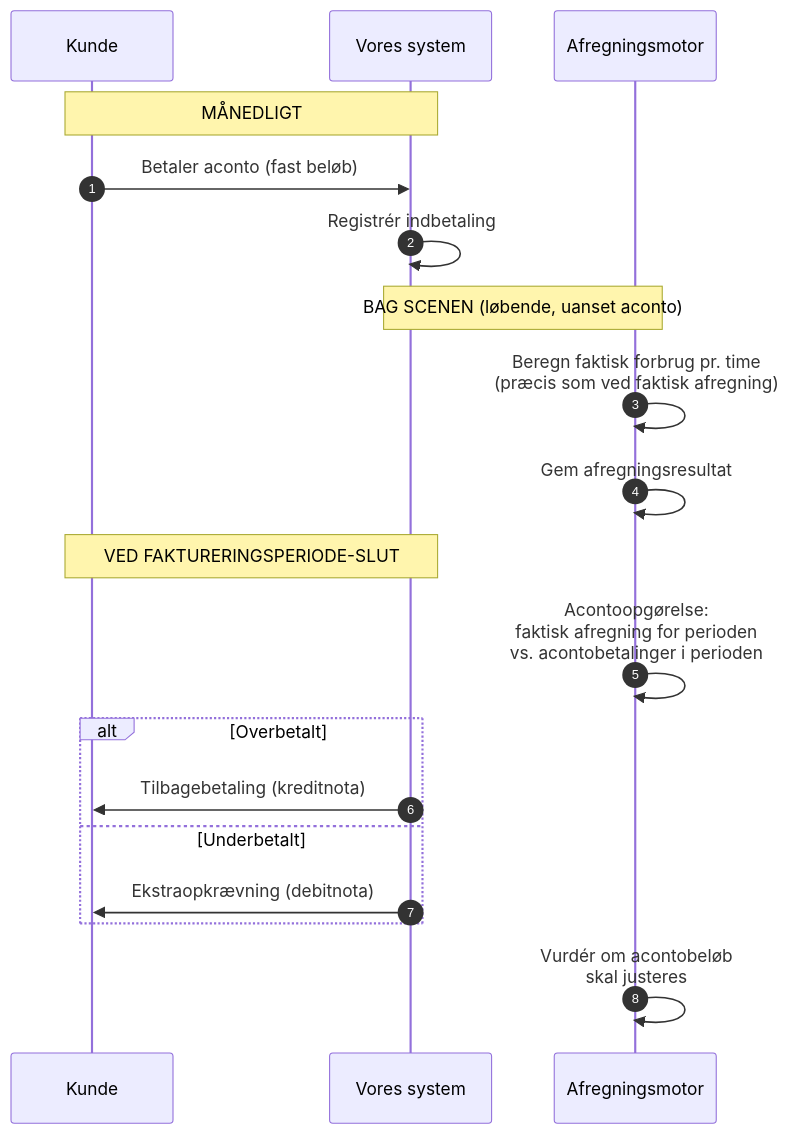
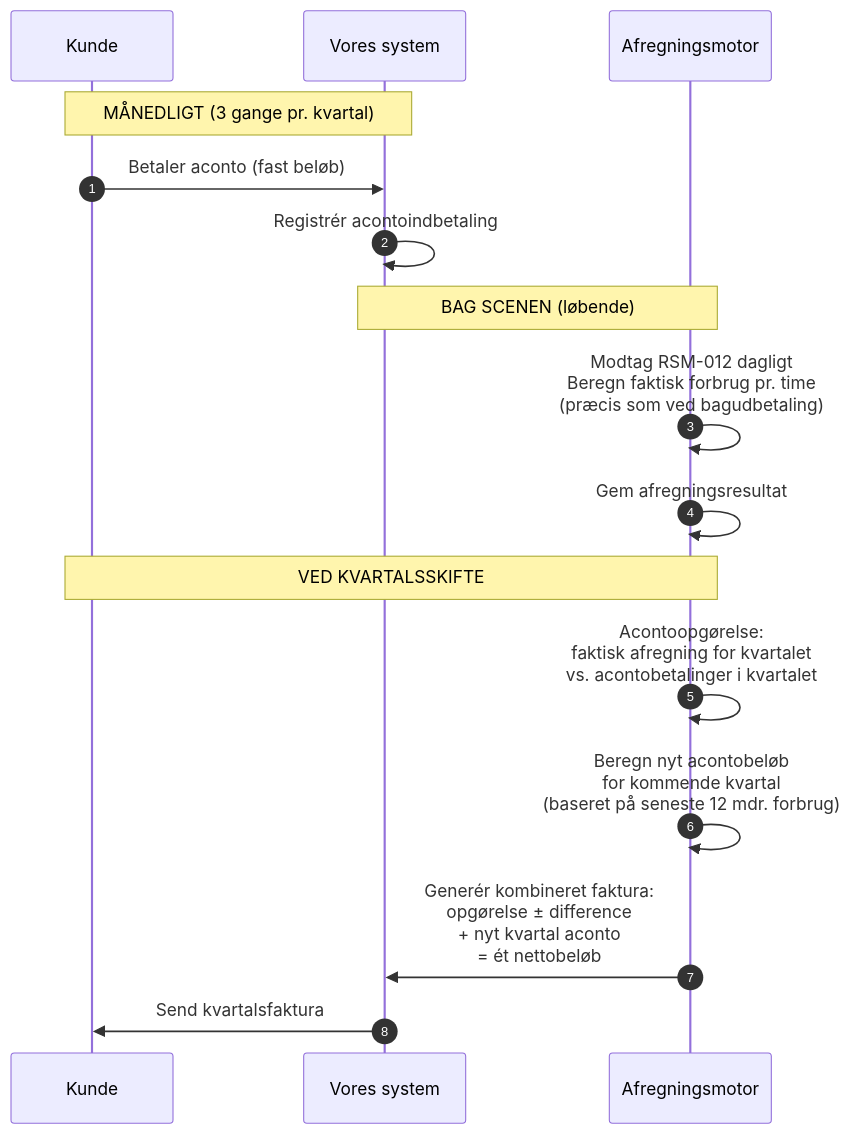
One commit to kloppnr1/Wattzon changed the diagram in docs/datahub3-product-and-billing.md. Above: the diagram before and after it, drawn with Mermaid. The commit also changed other lines of this file and 1 other file, not shown here.

First line of the commit message:
Rewrite aconto section with comprehensive detail from research

````diff
--- a/docs/datahub3-product-and-billing.md
+++ b/docs/datahub3-product-and-billing.md
@@ -231,26 +312,23 @@
 ```mermaid
 sequenceDiagram
     autonumber
     participant K as Kunde
     participant V as Vores system
     participant S as Afregningsmotor
 
-    Note over K,V: MÅNEDLIGT
+    Note over K,V: MÅNEDLIGT (3 gange pr. kvartal)
     K->>V: Betaler aconto (fast beløb)
-    V->>V: Registrér indbetaling
+    V->>V: Registrér acontoindbetaling
 
-    Note over V,S: BAG SCENEN (løbende, uanset aconto)
-    S->>S: Beregn faktisk forbrug pr. time<br/>(præcis som ved faktisk afregning)
+    Note over V,S: BAG SCENEN (løbende)
+    S->>S: Modtag RSM-012 dagligt<br/>Beregn faktisk forbrug pr. time<br/>(præcis som ved bagudbetaling)
     S->>S: Gem afregningsresultat
 
-    Note over K,V: VED FAKTURERINGSPERIODE-SLUT
-    S->>S: Acontoopgørelse:<br/>faktisk afregning for perioden<br/>vs. acontobetalinger i perioden
+    Note over K,S: VED KVARTALSSKIFTE
+    S->>S: Acontoopgørelse:<br/>faktisk afregning for kvartalet<br/>vs. acontobetalinger i kvartalet
+    S->>S: Beregn nyt acontobeløb<br/>for kommende kvartal<br/>(baseret på seneste 12 mdr. forbrug)
 
-    alt Overbetalt
-        V->>K: Tilbagebetaling (kreditnota)
-    else Underbetalt
-        V->>K: Ekstraopkrævning (debitnota)
-    end
+    S->>V: Generér kombineret faktura:<br/>opgørelse ± difference<br/>+ nyt kvartal aconto<br/>= ét nettobeløb
 
-    S->>S: Vurdér om acontobeløb<br/>skal justeres
+    V->>K: Send kvartalsfaktura
 ```
````
